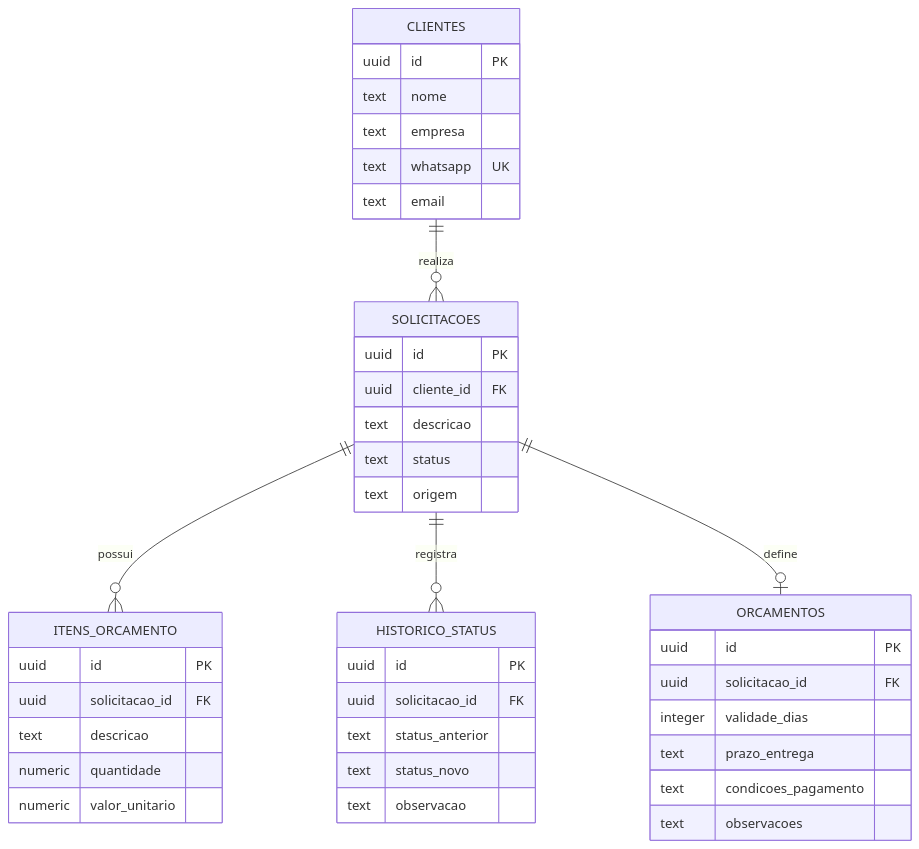
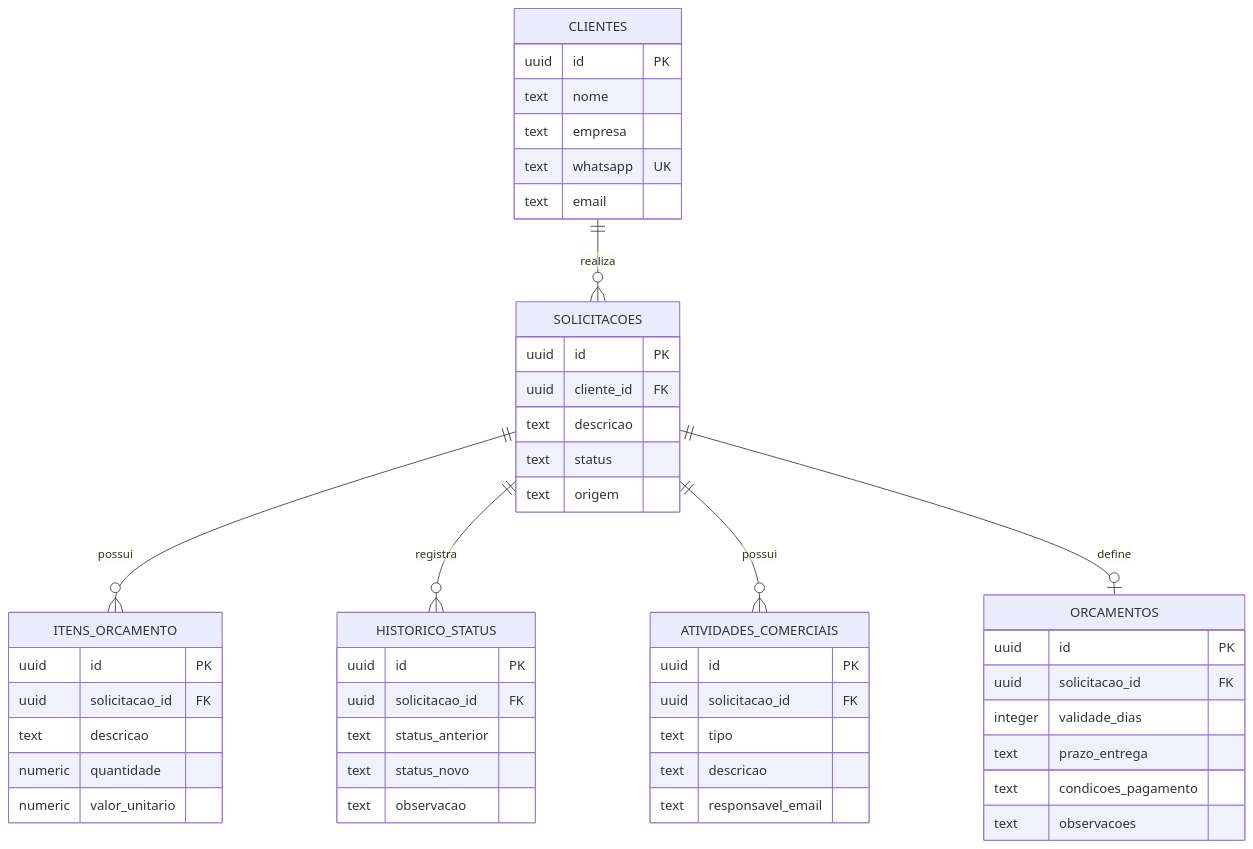
One commit to Mateusbetini1/Hidraulico-sistema-web changed the diagram in docs/banco-de-dados.md. Above: the diagram before and after it, drawn with Mermaid. The commit also changed other lines of this file and 10 other files, not shown here.

````diff
--- a/docs/banco-de-dados.md
+++ b/docs/banco-de-dados.md
@@ -5,44 +5,52 @@
 ```mermaid
 erDiagram
     CLIENTES ||--o{ SOLICITACOES : realiza
     SOLICITACOES ||--o{ ITENS_ORCAMENTO : possui
     SOLICITACOES ||--o{ HISTORICO_STATUS : registra
+    SOLICITACOES ||--o{ ATIVIDADES_COMERCIAIS : possui
     SOLICITACOES ||--o| ORCAMENTOS : define
 
     CLIENTES {
         uuid id PK
         text nome
         text empresa
         text whatsapp UK
         text email
     }
     SOLICITACOES {
         uuid id PK
         uuid cliente_id FK
         text descricao
         text status
         text origem
     }
     ITENS_ORCAMENTO {
         uuid id PK
         uuid solicitacao_id FK
         text descricao
         numeric quantidade
         numeric valor_unitario
     }
     HISTORICO_STATUS {
         uuid id PK
         uuid solicitacao_id FK
         text status_anterior
         text status_novo
         text observacao
     }
+    ATIVIDADES_COMERCIAIS {
+        uuid id PK
+        uuid solicitacao_id FK
+        text tipo
+        text descricao
+        text responsavel_email
+    }
     ORCAMENTOS {
         uuid id PK
         uuid solicitacao_id FK
         integer validade_dias
         text prazo_entrega
         text condicoes_pagamento
         text observacoes
     }
 ```
````
